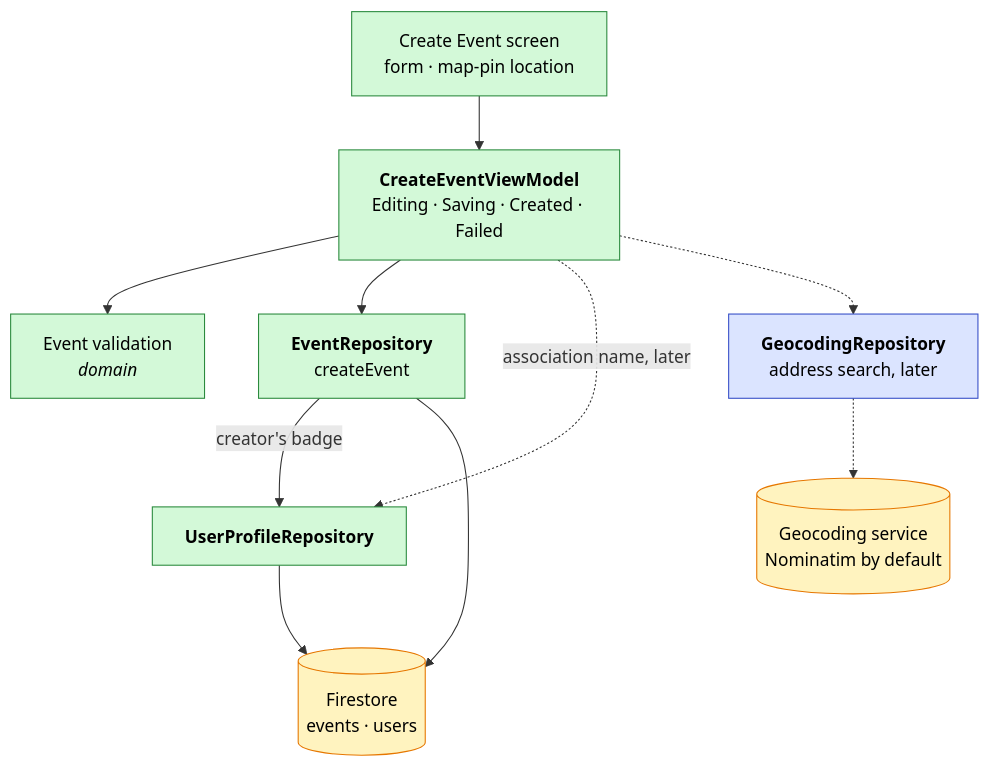
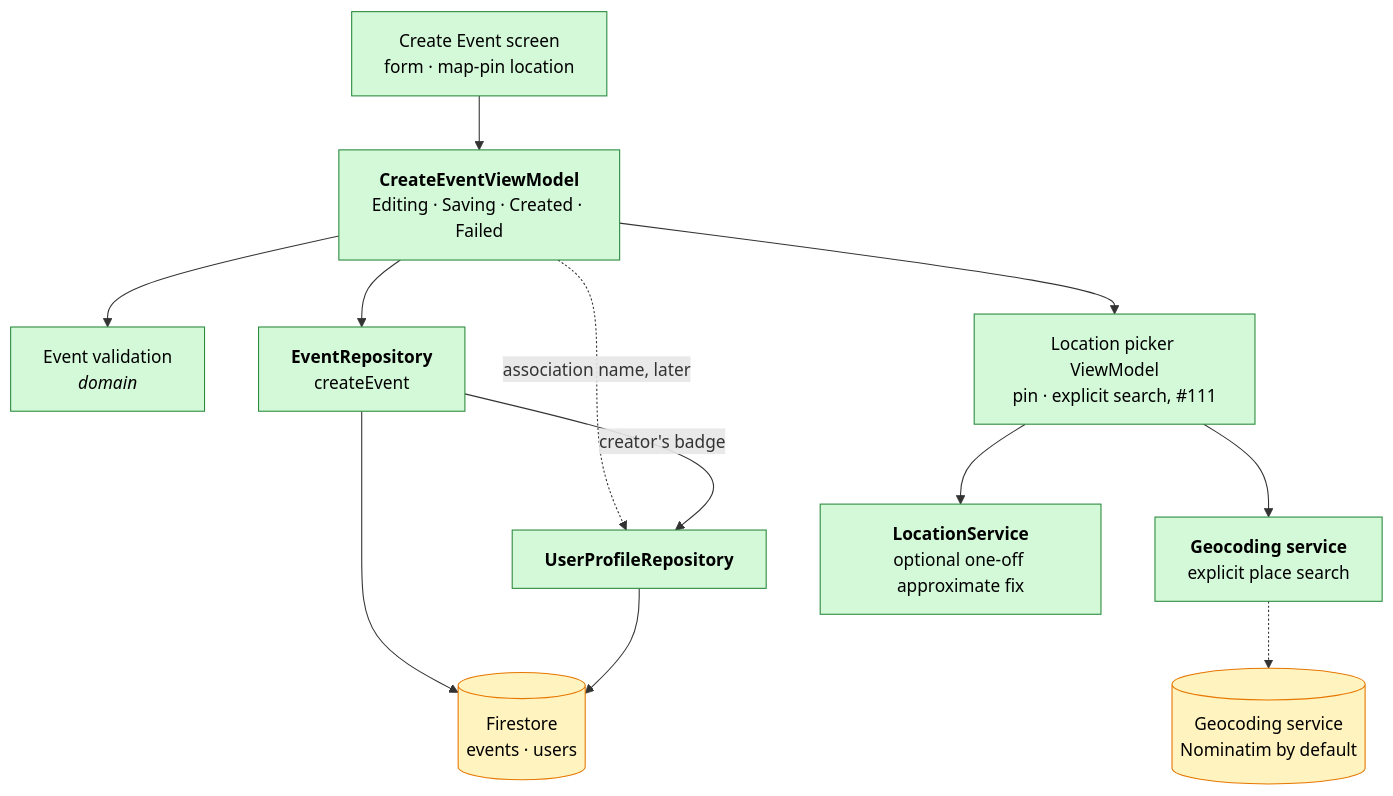
Before and after one commit to swent-polysocial/PolySocial: the fifth of 11 diagrams in docs/Architecture-Diagram.md, drawn with Mermaid. The commit also changed other lines of this file and 3 other files, not shown here.

First line of the commit message:
docs: map the sprint 2 architecture

````diff
--- a/docs/Architecture-Diagram.md
+++ b/docs/Architecture-Diagram.md
@@ -153,16 +147,18 @@
 ```mermaid
 flowchart TB
   classDef s1 fill:#d3f9d8,stroke:#2b8a3e,color:#000
   classDef pb fill:#dbe4ff,stroke:#364fc7,color:#000
   classDef ext fill:#fff3bf,stroke:#e67700,color:#000
 
   createS["Create Event screen<br/>form · map-pin location"]:::s1 --> createVM["<b>CreateEventViewModel</b><br/>Editing · Saving · Created · Failed"]:::s1
   createVM --> valid["Event validation<br/><i>domain</i>"]:::s1
   createVM --> ev["<b>EventRepository</b><br/>createEvent"]:::s1
   createVM -. "association name, later" .-> prof["<b>UserProfileRepository</b>"]:::s1
   ev -- "creator's badge" --> prof
-  createVM -.-> geo["<b>GeocodingRepository</b><br/>address search, later"]:::pb
+  createVM --> picker["Location picker ViewModel<br/>pin · explicit search, #111"]:::s1
+  picker --> geo["<b>Geocoding service</b><br/>explicit place search"]:::s1
+  picker --> loc["<b>LocationService</b><br/>optional one-off approximate fix"]:::s1
   ev --> fs[("Firestore<br/>events · users")]:::ext
   prof --> fs
   geo -.-> nom[("Geocoding service<br/>Nominatim by default")]:::ext
 ```
````
